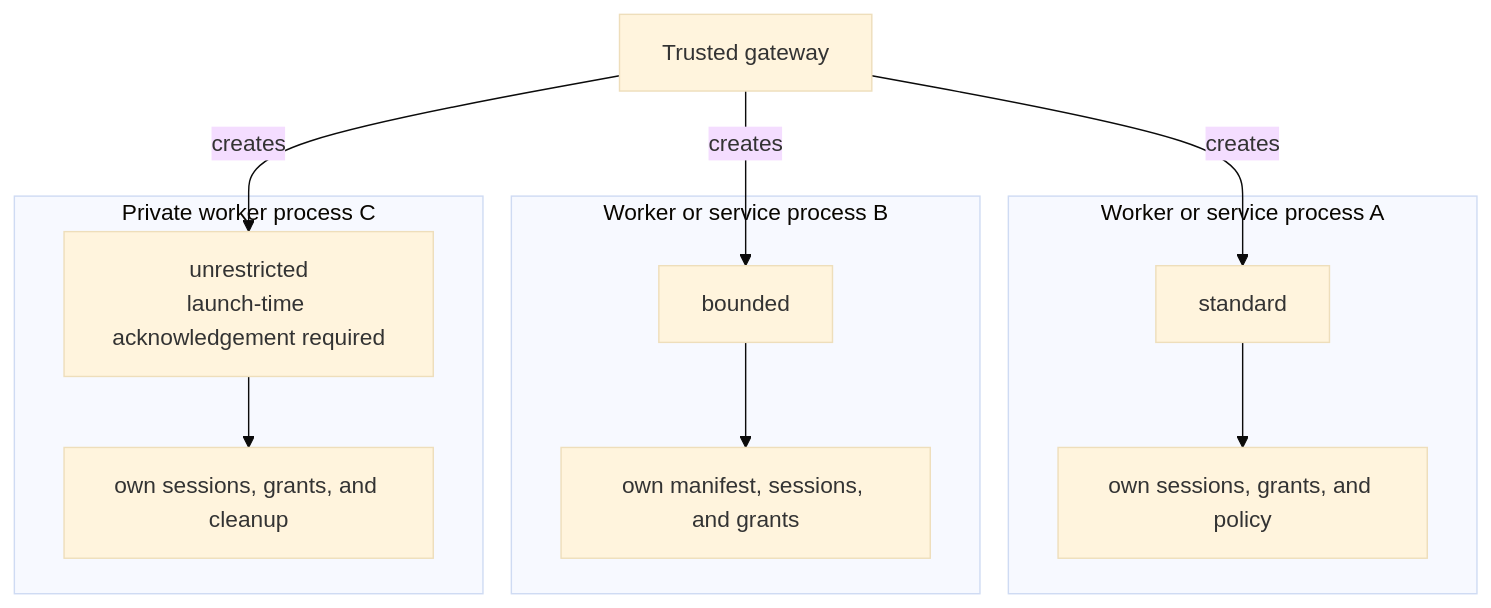
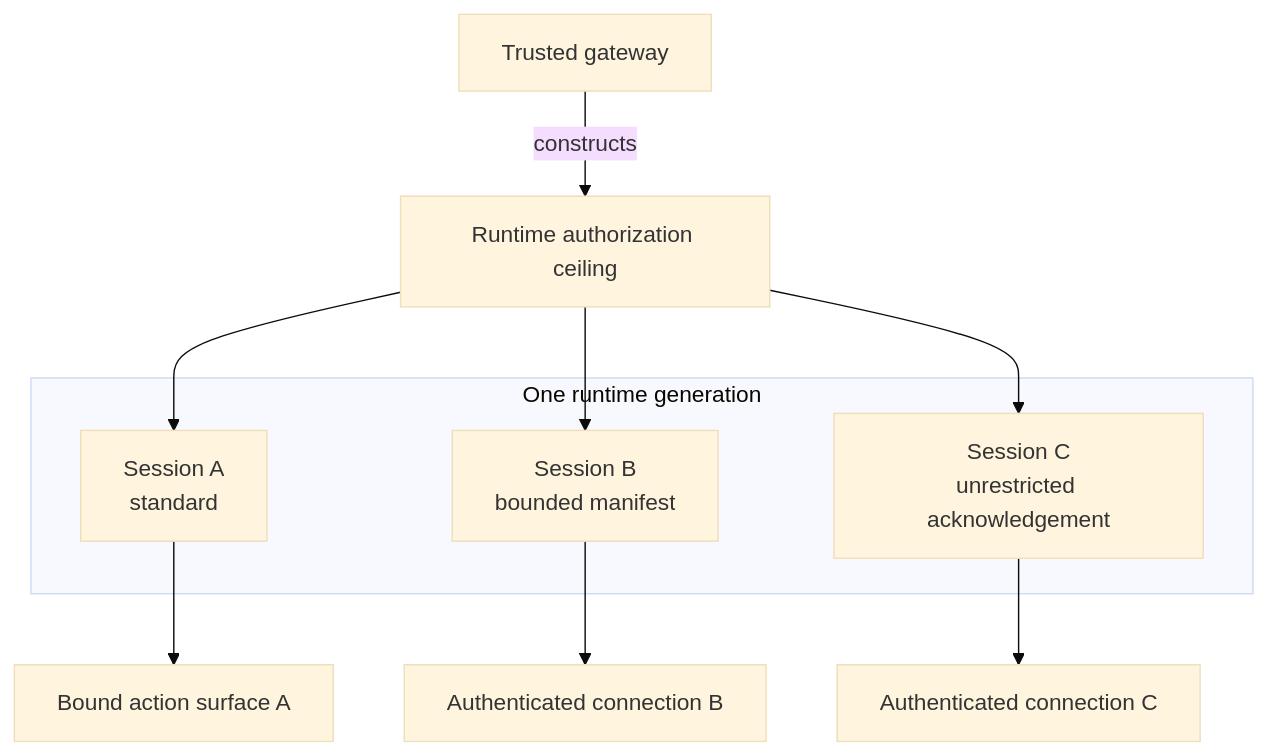
Before and after one commit to trycua/cua: the sixth of 9 diagrams in libs/cua-driver/docs/sdk-first-runtime-north-star.md, drawn with Mermaid (base theme). The commit also changed other lines of this file and 1 other file, not shown here.

Commit message:
docs: make permission modes portable session contexts

````diff
--- a/libs/cua-driver/docs/sdk-first-runtime-north-star.md
+++ b/libs/cua-driver/docs/sdk-first-runtime-north-star.md
@@ -222,26 +234,20 @@
 ```mermaid
 flowchart TB
     GATEWAY["Trusted gateway"]
+    CEILING["Runtime authorization ceiling"]
 
-    subgraph A["Worker or service process A"]
-        STANDARD["standard"]
-        ASTATE["own sessions, grants, and policy"]
-        STANDARD --> ASTATE
+    subgraph RUNTIME["One runtime generation"]
+        STANDARD["Session A<br/>standard"]
+        BOUNDED["Session B<br/>bounded manifest"]
+        UNRESTRICTED["Session C<br/>unrestricted acknowledgement"]
     end
 
-    subgraph B["Worker or service process B"]
-        BOUNDED["bounded"]
-        BSTATE["own manifest, sessions, and grants"]
-        BOUNDED --> BSTATE
-    end
+    A["Bound action surface A"]
+    B["Authenticated connection B"]
+    C["Authenticated connection C"]
 
-    subgraph C["Private worker process C"]
-        UNRESTRICTED["unrestricted<br/>launch-time acknowledgement required"]
-        CSTATE["own sessions, grants, and cleanup"]
-        UNRESTRICTED --> CSTATE
-    end
-
-    GATEWAY -->|"creates"| STANDARD
-    GATEWAY -->|"creates"| BOUNDED
-    GATEWAY -->|"creates"| UNRESTRICTED
+    GATEWAY -->|"constructs"| CEILING
+    CEILING --> STANDARD --> A
+    CEILING --> BOUNDED --> B
+    CEILING --> UNRESTRICTED --> C
 ```
````
